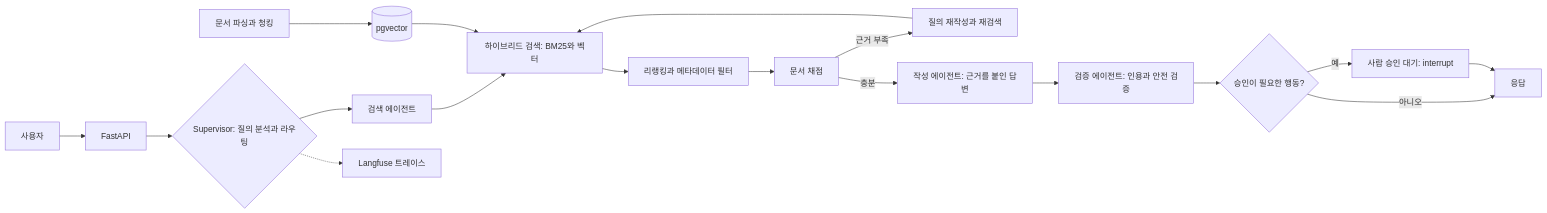
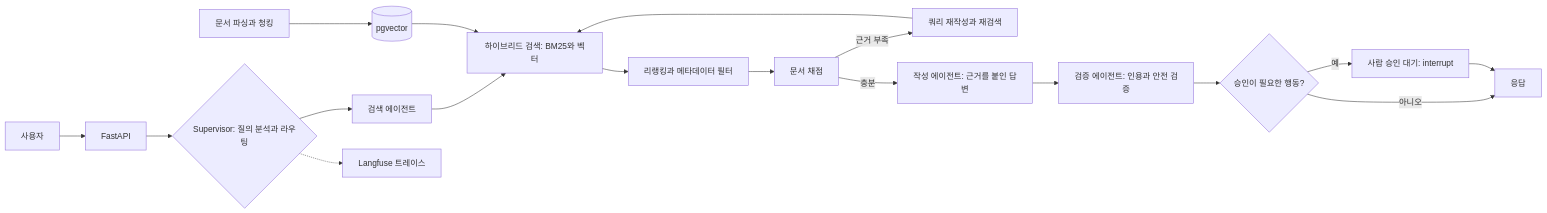
The diagram in docs/조원-계약서.md (HJU5022/SojaFit), drawn with Mermaid before and after one commit. The commit also changed other lines of this file and 75 other files, not shown here.

````diff
--- a/docs/조원-계약서.md
+++ b/docs/조원-계약서.md
@@ -7,20 +7,20 @@
 ```mermaid
 flowchart LR
     U[사용자] --> A[FastAPI]
     A --> SV{Supervisor: 질의 분석과 라우팅}
     SV --> RA[검색 에이전트]
     RA --> S[하이브리드 검색: BM25와 벡터]
     S --> K[리랭킹과 메타데이터 필터]
     K --> J[문서 채점]
-    J -->|근거 부족| W[질의 재작성과 재검색]
+    J -->|근거 부족| W[쿼리 재작성과 재검색]
     W --> S
     J -->|충분| WA[작성 에이전트: 근거를 붙인 답변]
     WA --> VA[검증 에이전트: 인용과 안전 검증]
     VA --> H{승인이 필요한 행동?}
     H -->|예| I[사람 승인 대기: interrupt]
     H -->|아니오| O[응답]
     I --> O
     D[(pgvector)] --> S
     P[문서 파싱과 청킹] --> D
     SV -.-> L[Langfuse 트레이스]
 ```
````
